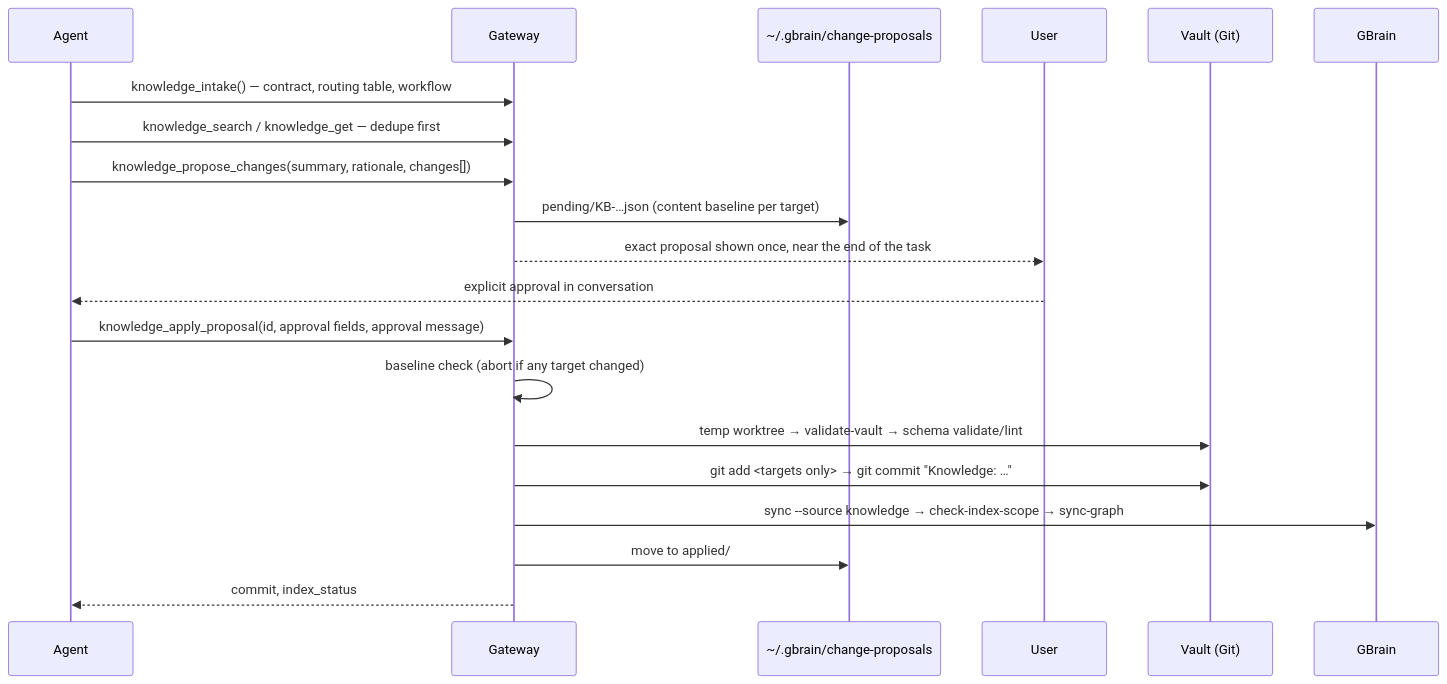
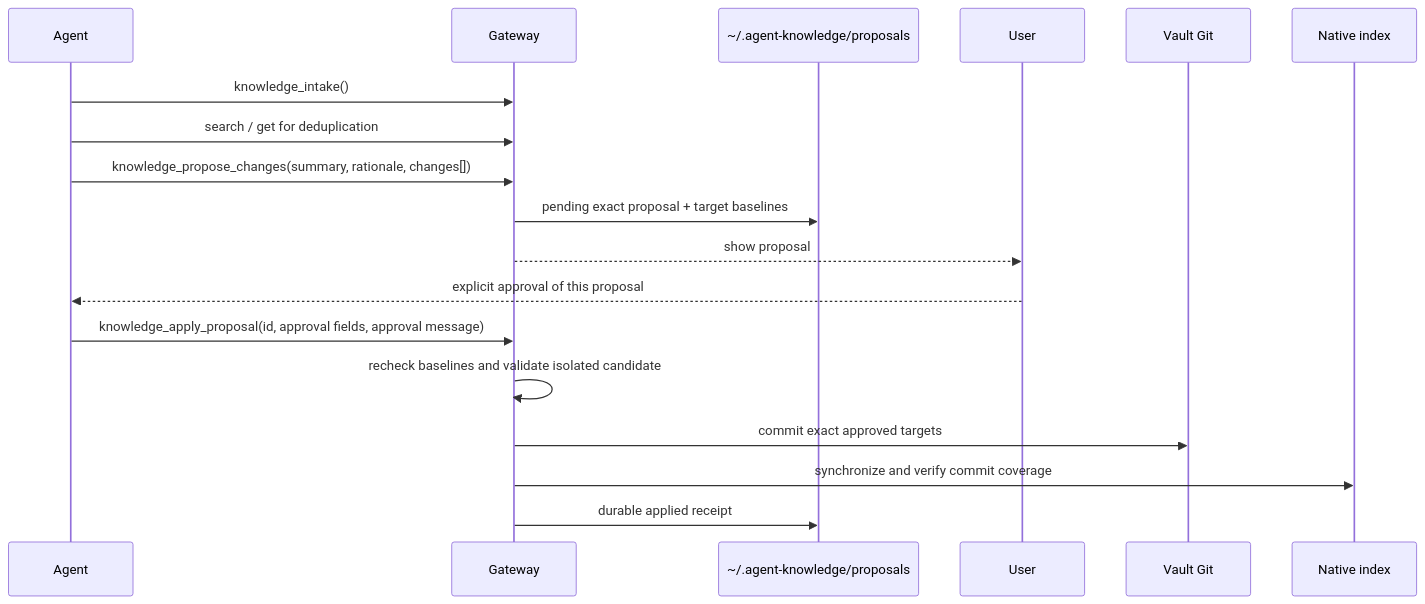
One commit to haorantang97/Personal-Ontology changed the third of 3 diagrams in lab-ontology/docs/architecture.md. Above: the diagram before and after it, drawn with Mermaid. The commit also changed other lines of this file and 51 other files, not shown here.

Commit message:
feat(ontology): publish native-only agent knowledge 1.8

````diff
--- a/lab-ontology/docs/architecture.md
+++ b/lab-ontology/docs/architecture.md
@@ -79,22 +99,20 @@
 ```mermaid
 sequenceDiagram
-    participant Agent
-    participant GW as Gateway
-    participant Inbox as ~/.gbrain/change-proposals
-    participant User
-    participant Vault as Vault (Git)
-    participant GB as GBrain
-    Agent->>GW: knowledge_intake()  — contract, routing table, workflow
-    Agent->>GW: knowledge_search / knowledge_get  — dedupe first
-    Agent->>GW: knowledge_propose_changes(summary, rationale, changes[])
-    GW->>Inbox: pending/KB-…json (content baseline per target)
-    GW-->>User: exact proposal shown once, near the end of the task
-    User-->>Agent: explicit approval in conversation
-    Agent->>GW: knowledge_apply_proposal(id, approval fields, approval message)
-    GW->>GW: baseline check (abort if any target changed)
-    GW->>Vault: temp worktree → validate-vault → schema validate/lint
-    GW->>Vault: git add <targets only> → git commit "Knowledge: …"
-    GW->>GB: sync --source knowledge → check-index-scope → sync-graph
-    GW->>Inbox: move to applied/
-    GW-->>Agent: commit, index_status
+    participant A as Agent
+    participant G as Gateway
+    participant Q as ~/.agent-knowledge/proposals
+    participant U as User
+    participant V as Vault Git
+    participant N as Native index
+    A->>G: knowledge_intake()
+    A->>G: search / get for deduplication
+    A->>G: knowledge_propose_changes(summary, rationale, changes[])
+    G->>Q: pending exact proposal + target baselines
+    G-->>U: show proposal
+    U-->>A: explicit approval of this proposal
+    A->>G: knowledge_apply_proposal(id, approval fields, approval message)
+    G->>G: recheck baselines and validate isolated candidate
+    G->>V: commit exact approved targets
+    G->>N: synchronize and verify commit coverage
+    G->>Q: durable applied receipt
 ```
````
